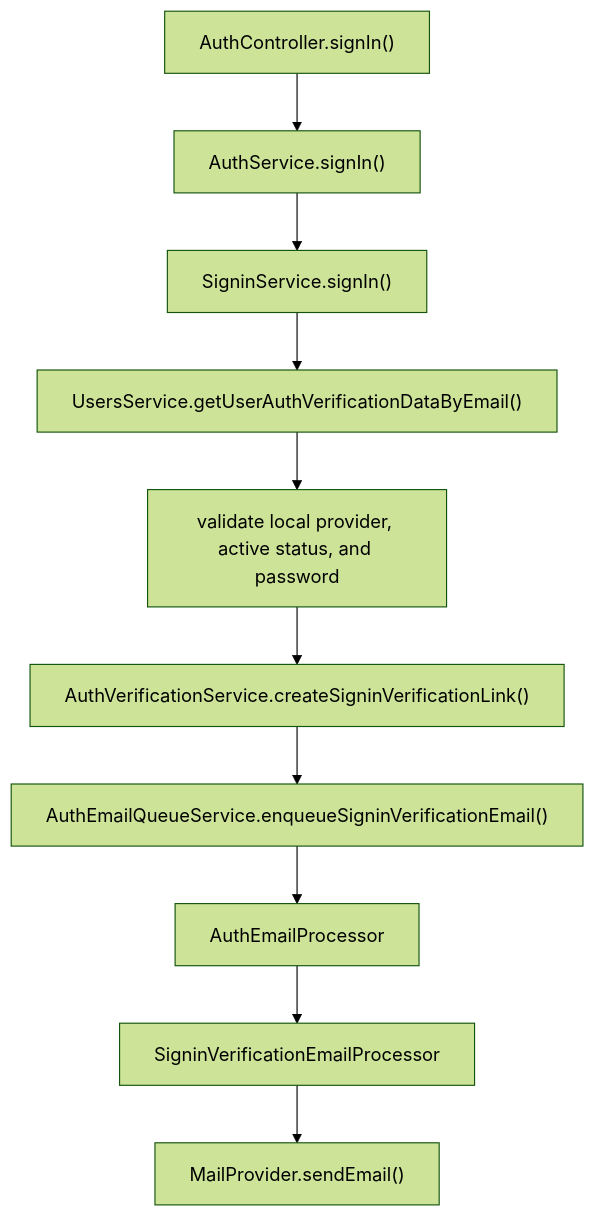
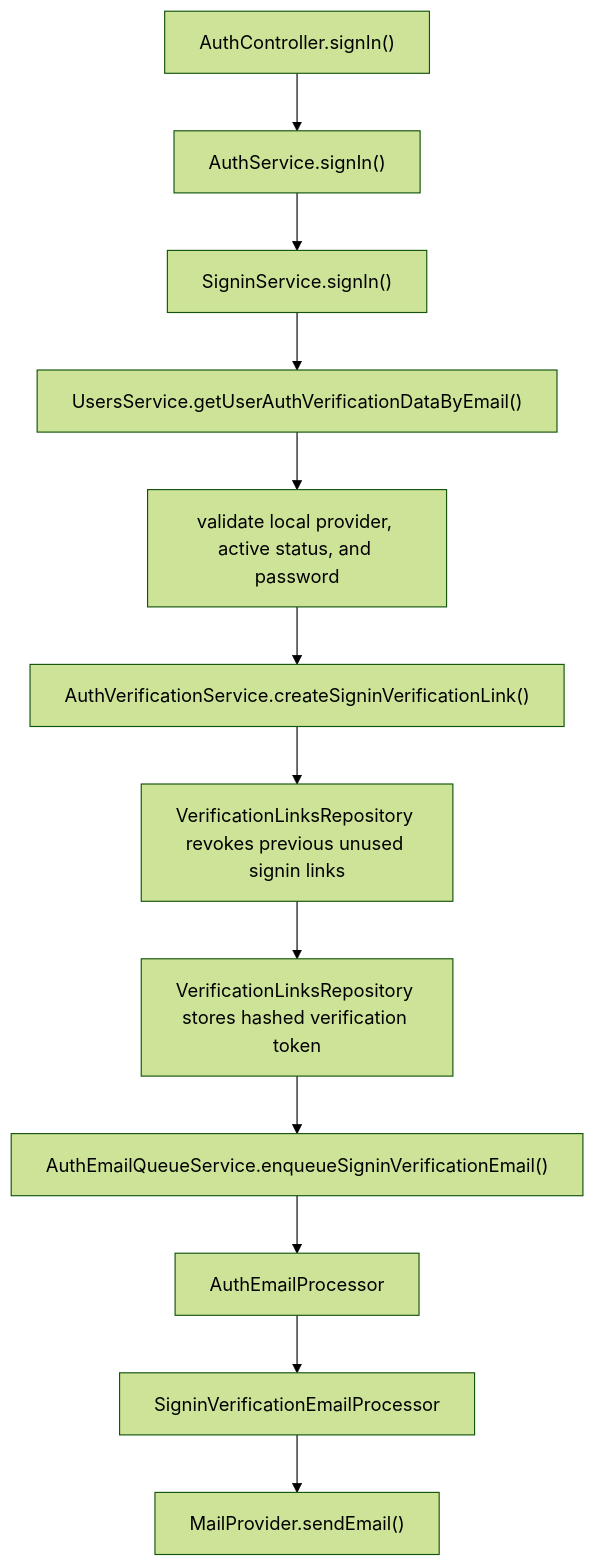
Before and after one commit to KaterynaKocheharova/Practice-app: the second of 7 diagrams in back/docs/auth/signup-flow.md, drawn with Mermaid (forest theme). The commit also changed other lines of this file and 1 other file, not shown here.

Commit message:
Add verification links docs

````diff
--- a/back/docs/auth/signup-flow.md
+++ b/back/docs/auth/signup-flow.md
@@ -140,12 +145,14 @@
 ```mermaid
 flowchart TD
   Controller["AuthController.signIn()"] --> AuthService["AuthService.signIn()"]
   AuthService --> SigninService["SigninService.signIn()"]
   SigninService --> Lookup["UsersService.getUserAuthVerificationDataByEmail()"]
   Lookup --> Validate["validate local provider, active status, and password"]
   Validate --> Link["AuthVerificationService.createSigninVerificationLink()"]
-  Link --> Queue["AuthEmailQueueService.enqueueSigninVerificationEmail()"]
+  Link --> RevokeLinks["VerificationLinksRepository revokes previous unused signin links"]
+  RevokeLinks --> StoreLink["VerificationLinksRepository stores hashed verification token"]
+  StoreLink --> Queue["AuthEmailQueueService.enqueueSigninVerificationEmail()"]
   Queue --> Dispatcher["AuthEmailProcessor"]
   Dispatcher --> JobProcessor["SigninVerificationEmailProcessor"]
   JobProcessor --> Mail["MailProvider.sendEmail()"]
 ```
````
